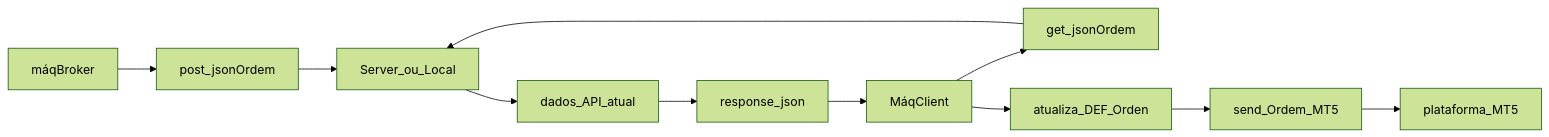
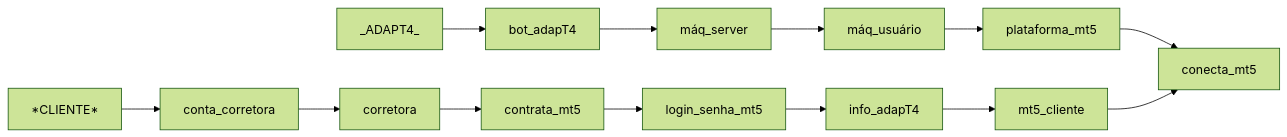
The diagram in README.md (viniciusdantasdc/Adapt4_invest), drawn with Mermaid (forest theme) before and after one commit. The commit also changed other lines of this file, not shown here.

````diff
--- a/README.md
+++ b/README.md
@@ -29,15 +22,18 @@
 ```mermaid
 graph LR;
-máqBroker --> post_jsonOrdem;
-post_jsonOrdem --> Server_ou_Local;
+_ADAPT4_ --> bot_adapT4;
+bot_adapT4 --> máq_server;
+máq_server --> máq_usuário;
+máq_usuário --> plataforma_mt5;
+plataforma_mt5 --> conecta_mt5;
 
-MáqClient--> get_jsonOrdem;
-get_jsonOrdem--> Server_ou_Local;
-Server_ou_Local --> dados_API_atual;
-dados_API_atual --> response_json;
-response_json --> MáqClient;
-MáqClient --> atualiza_DEF_Orden;
-atualiza_DEF_Orden --> send_Ordem_MT5;
-send_Ordem_MT5 --> plataforma_MT5;
+*CLIENTE* --> conta_corretora;
+conta_corretora --> corretora;
+corretora--> contrata_mt5;
+contrata_mt5 --> login_senha_mt5;
+login_senha_mt5 --> info_adapT4;
+info_adapT4 --> mt5_cliente;
+mt5_cliente --> conecta_mt5;
+
 
 ```
````
